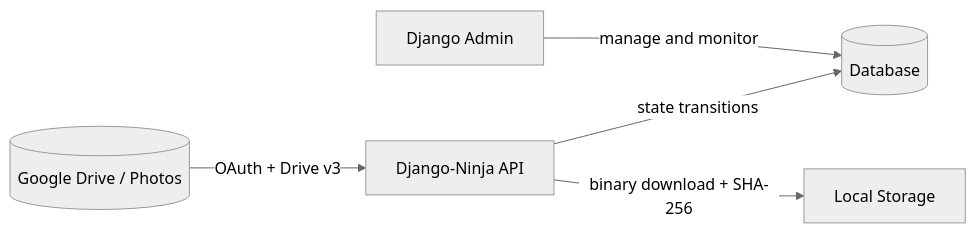
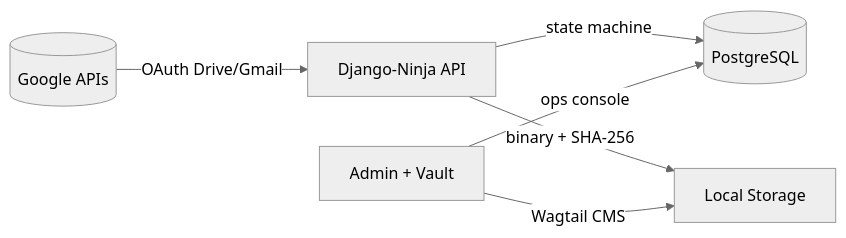
The first of 4 diagrams in README.md (devadalberto/backdeezup), drawn with Mermaid (neutral theme) before and after one commit. The commit also changed other lines of this file and 8 other files, not shown here.

````diff
--- a/README.md
+++ b/README.md
@@ -18,13 +13,14 @@
 ```mermaid
 flowchart LR
-    GD[(Google Drive / Photos)]
+    G[(Google APIs)]
     API[Django-Ninja API]
-    DB[(Database)]
+    DB[(PostgreSQL)]
     FS[Local Storage]
-    AD[Django Admin]
+    AD[Admin + Vault]
 
-    GD -->|OAuth + Drive v3| API
-    API -->|state transitions| DB
-    API -->|binary download + SHA-256| FS
-    AD -->|manage and monitor| DB
+    G -->|OAuth Drive/Gmail| API
+    API -->|state machine| DB
+    API -->|binary + SHA-256| FS
+    AD -->|ops console| DB
+    AD -->|Wagtail CMS| FS
 ```
````
